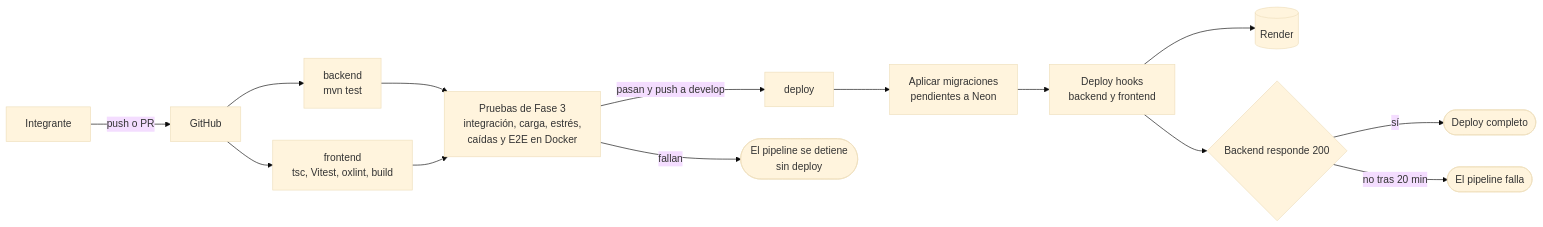
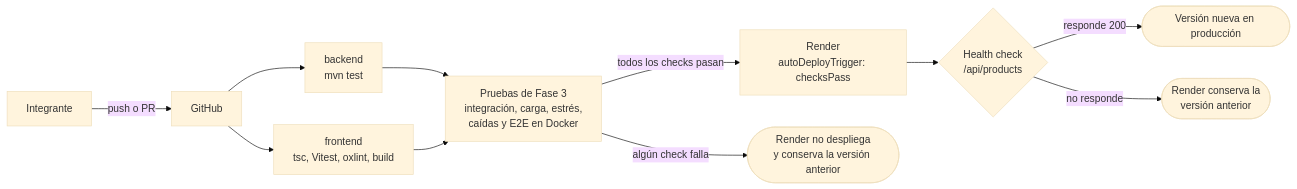
The third of 4 diagrams in FASE 3/DDA/diagramas-fase3.md (jRodas497/AYD2_A_2S2025_PROYECTO_G3), drawn with Mermaid (base theme) before and after one commit. The commit also changed other lines of this file and 9 other files, not shown here.

Commit message:
9516085: el deploy pasa a depender de los checks del CI con checksPass en Render, sin secretos en GitHub, y se actualizaron los documentos

````diff
--- a/FASE 3/DDA/diagramas-fase3.md
+++ b/FASE 3/DDA/diagramas-fase3.md
@@ -113,17 +113,14 @@
 ```mermaid
 flowchart LR
     DEV[Integrante] -- push o PR --> GH[GitHub]
     GH --> BE[backend<br/>mvn test]
     GH --> FE[frontend<br/>tsc, Vitest, oxlint, build]
     BE --> E2E
     FE --> E2E
     E2E[Pruebas de Fase 3<br/>integración, carga, estrés,<br/>caídas y E2E en Docker]
-    E2E -- pasan y push a develop --> DEP[deploy]
-    E2E -- fallan --> STOP([El pipeline se detiene<br/>sin deploy])
-    DEP --> MIG[Aplicar migraciones<br/>pendientes a Neon]
-    MIG --> HOOK[Deploy hooks<br/>backend y frontend]
-    HOOK --> R[(Render)]
-    HOOK --> HC{Backend responde 200}
-    HC -- sí --> OK([Deploy completo])
-    HC -- no tras 20 min --> FAIL([El pipeline falla])
+    E2E -- todos los checks pasan --> R[Render<br/>autoDeployTrigger: checksPass]
+    E2E -- algún check falla --> STOP([Render no despliega<br/>y conserva la versión anterior])
+    R --> HC{Health check<br/>/api/products}
+    HC -- responde 200 --> OK([Versión nueva en producción])
+    HC -- no responde --> KEEP([Render conserva la<br/>versión anterior])
 ```
````
